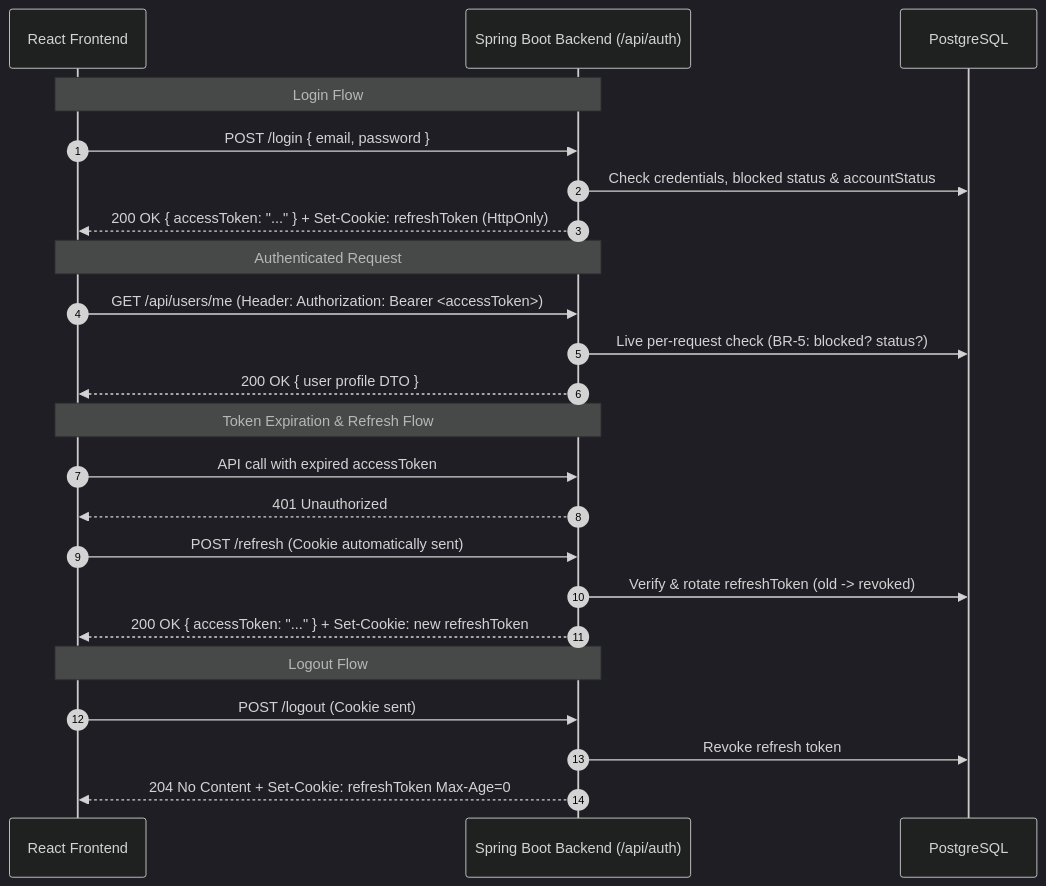
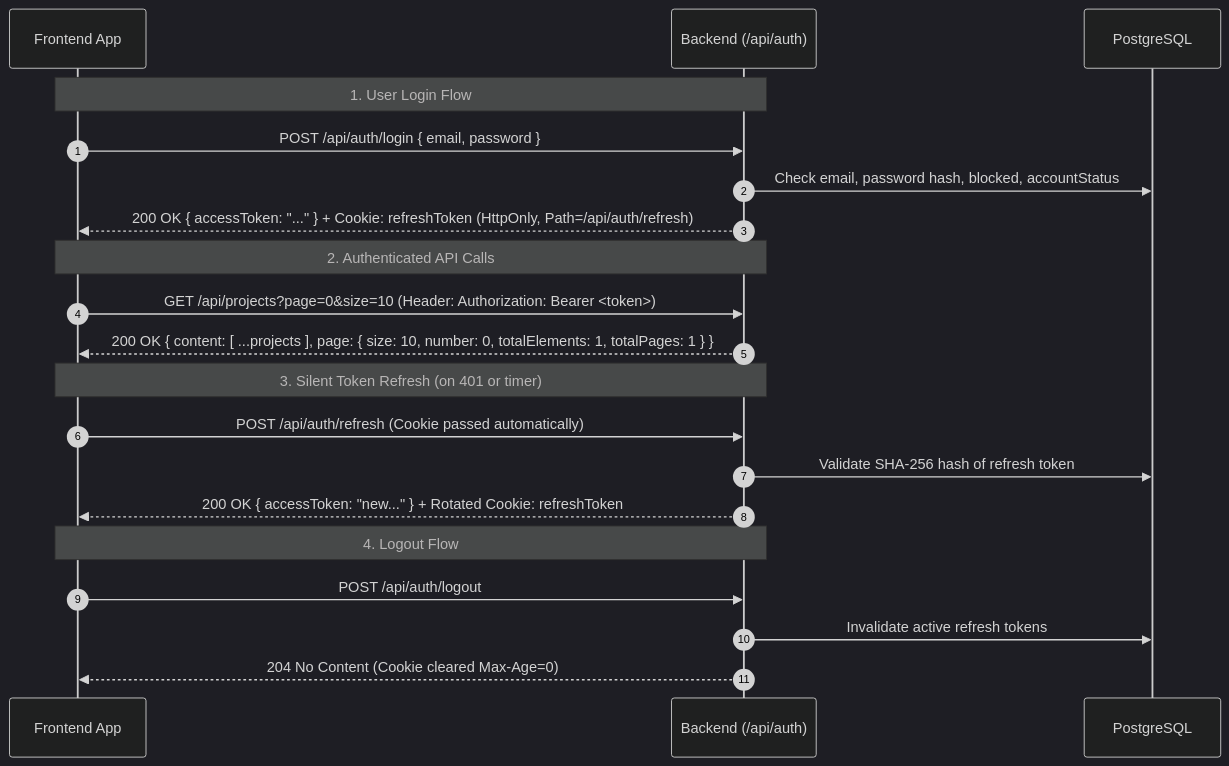
Before and after one commit to eayzaid/wassal: the diagram in backend/README.md, drawn with Mermaid (dark theme). The commit also changed other lines of this file and 5 other files, not shown here.

````diff
--- a/backend/README.md
+++ b/backend/README.md
@@ -86,29 +247,26 @@
 ```mermaid
 sequenceDiagram
     autonumber
-    participant UI as React Frontend
-    participant API as Spring Boot Backend (/api/auth)
+    participant UI as Frontend App
+    participant API as Backend (/api/auth)
     participant DB as PostgreSQL
 
-    Note over UI,API: Login Flow
-    UI->>API: POST /login { email, password }
-    API->>DB: Check credentials, blocked status & accountStatus
-    API-->>UI: 200 OK { accessToken: "..." } + Set-Cookie: refreshToken (HttpOnly)
+    Note over UI,API: 1. User Login Flow
+    UI->>API: POST /api/auth/login { email, password }
+    API->>DB: Check email, password hash, blocked, accountStatus
+    API-->>UI: 200 OK { accessToken: "..." } + Cookie: refreshToken (HttpOnly, Path=/api/auth/refresh)
 
-    Note over UI,API: Authenticated Request
-    UI->>API: GET /api/users/me (Header: Authorization: Bearer <accessToken>)
-    API->>DB: Live per-request check (BR-5: blocked? status?)
-    API-->>UI: 200 OK { user profile DTO }
+    Note over UI,API: 2. Authenticated API Calls
+    UI->>API: GET /api/projects?page=0&size=10 (Header: Authorization: Bearer <token>)
+    API-->>UI: 200 OK { content: [ ...projects ], page: { size: 10, number: 0, totalElements: 1, totalPages: 1 } }
 
-    Note over UI,API: Token Expiration & Refresh Flow
-    UI->>API: API call with expired accessToken
-    API-->>UI: 401 Unauthorized
-    UI->>API: POST /refresh (Cookie automatically sent)
-    API->>DB: Verify & rotate refreshToken (old -> revoked)
-    API-->>UI: 200 OK { accessToken: "..." } + Set-Cookie: new refreshToken
+    Note over UI,API: 3. Silent Token Refresh (on 401 or timer)
+    UI->>API: POST /api/auth/refresh (Cookie passed automatically)
+    API->>DB: Validate SHA-256 hash of refresh token
+    API-->>UI: 200 OK { accessToken: "new..." } + Rotated Cookie: refreshToken
 
-    Note over UI,API: Logout Flow
-    UI->>API: POST /logout (Cookie sent)
-    API->>DB: Revoke refresh token
-    API-->>UI: 204 No Content + Set-Cookie: refreshToken Max-Age=0
+    Note over UI,API: 4. Logout Flow
+    UI->>API: POST /api/auth/logout
+    API->>DB: Invalidate active refresh tokens
+    API-->>UI: 204 No Content (Cookie cleared Max-Age=0)
 ```
````
